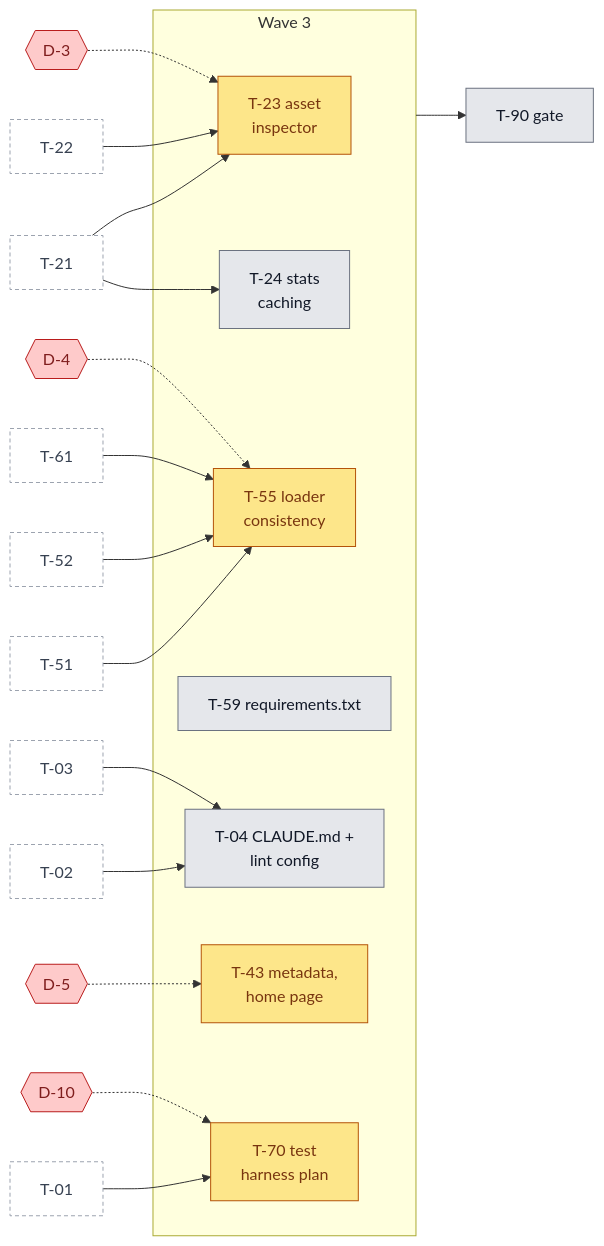
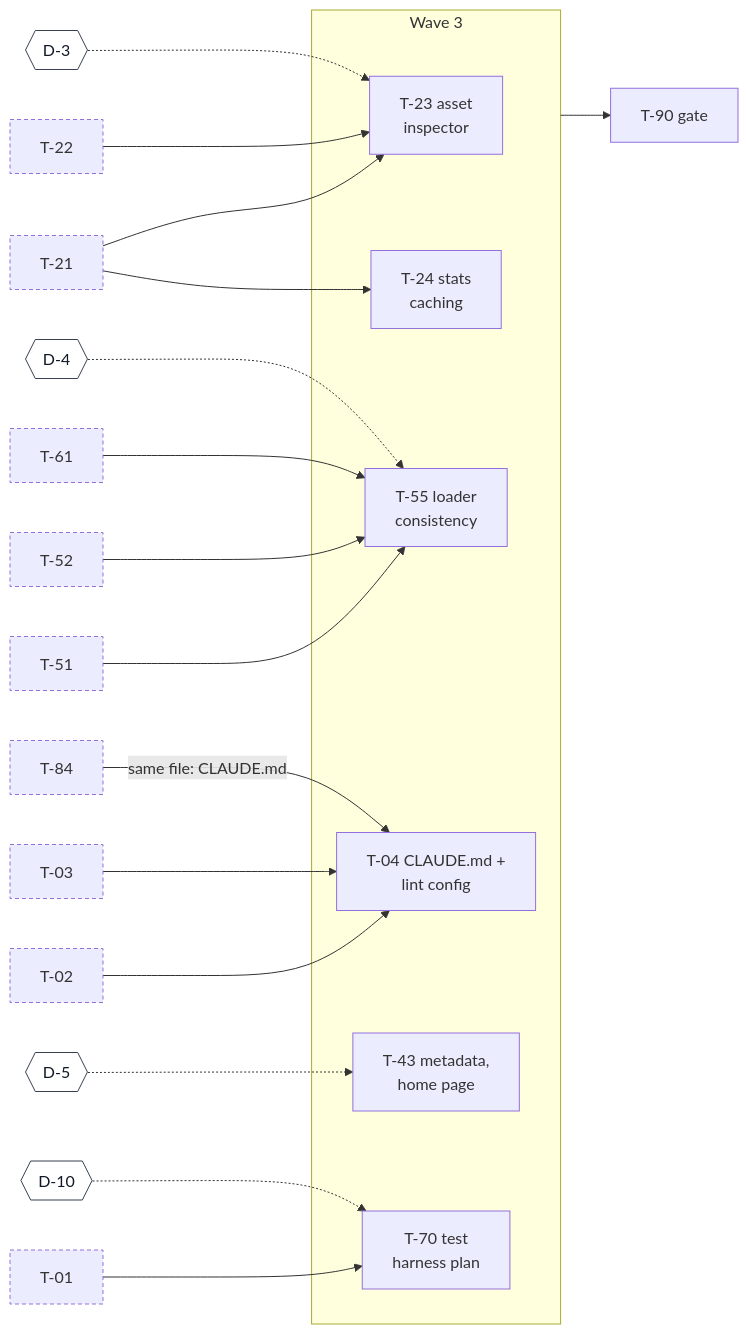
The fourth of 7 diagrams in docs/agents/development-status.md (adrianfarhat/orlando-infrastructure-etl), drawn with Mermaid before and after one commit. The commit also changed other lines of this file and 7 other files, not shown here.

First line of the commit message:
Move task status to GitHub Project, add docs conventions, and correct ETL diagram accuracy (#2)

````diff
--- a/docs/agents/development-status.md
+++ b/docs/agents/development-status.md
@@ -161,48 +131,46 @@
 ```mermaid
 flowchart LR
+  %% diagram-type: dependency
   T01p["T-01"]
   T02p["T-02"]
   T03p["T-03"]
   T21p["T-21"]
   T22p["T-22"]
   T51p["T-51"]
   T52p["T-52"]
   T61p["T-61"]
+  T84p["T-84"]
   D3{{"D-3"}}
   D4{{"D-4"}}
   D5{{"D-5"}}
   D10{{"D-10"}}
   subgraph W3["Wave 3"]
     T23["T-23 asset<br/>inspector"]
     T24["T-24 stats<br/>caching"]
     T55["T-55 loader<br/>consistency"]
-    T59["T-59 requirements.txt"]
     T04["T-04 CLAUDE.md +<br/>lint config"]
     T43["T-43 metadata,<br/>home page"]
     T70["T-70 test<br/>harness plan"]
   end
   G3["T-90 gate"]
   T21p --> T23
   T22p --> T23
   D3 -.-> T23
   T21p --> T24
   T51p --> T55
   T52p --> T55
   T61p --> T55
   D4 -.-> T55
   T02p --> T04
   T03p --> T04
+  T84p -->|"same file: CLAUDE.md"| T04
   D5 -.-> T43
   T01p --> T70
   D10 -.-> T70
   W3 --> G3
 
-  classDef todo fill:#e5e7eb,stroke:#6b7280,color:#111827
-  classDef waiting fill:#fde68a,stroke:#b45309,color:#78350f
-  classDef decision fill:#fecaca,stroke:#b91c1c,color:#7f1d1d
-  classDef prior fill:#ffffff,stroke:#9ca3af,stroke-dasharray:4 3,color:#374151
-  class T24,T59,T04,G3 todo
-  class T23,T55,T43,T70 waiting
+  classDef decision fill:#ffffff,stroke:#374151,color:#111827
+  classDef otherwave stroke-dasharray:4 3
   class D3,D4,D5,D10 decision
-  class T01p,T02p,T03p,T21p,T22p,T51p,T52p,T61p prior
+  class T01p,T02p,T03p,T21p,T22p,T51p,T52p,T61p,T84p otherwave
 ```
````
